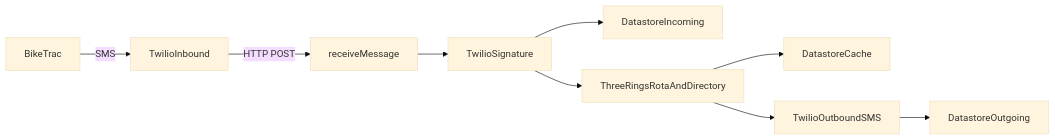
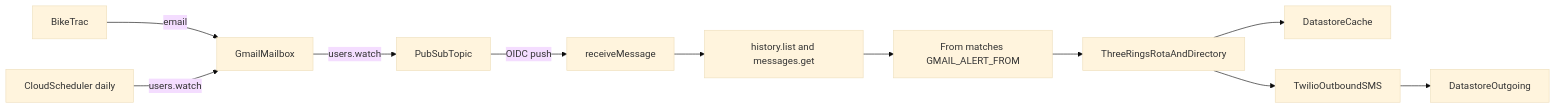
The diagram in docs/technical/architecture.md (blood-bikes-wales/beeper), drawn with Mermaid (base theme) before and after one commit. The commit also changed other lines of this file and 49 other files, not shown here.

First line of the commit message:
Receive BikeTrac alerts from Gmail push instead of a Twilio webhook.

````diff
--- a/docs/technical/architecture.md
+++ b/docs/technical/architecture.md
@@ -25,11 +27,13 @@
 ```mermaid
 flowchart LR
-  BikeTrac[BikeTrac] -->|SMS| TwilioIn[TwilioInbound]
-  TwilioIn -->|HTTP POST| Receive[receiveMessage]
-  Receive --> Validate[TwilioSignature]
-  Validate --> LogIn[DatastoreIncoming]
-  Validate --> ThreeRings[ThreeRingsRotaAndDirectory]
+  BikeTrac[BikeTrac] -->|email| Mailbox[GmailMailbox]
+  Mailbox -->|users.watch| Topic[PubSubTopic]
+  Topic -->|OIDC push| Receive[receiveMessage]
+  Receive --> History[history.list and messages.get]
+  History --> Filter[From matches GMAIL_ALERT_FROM]
+  Filter --> ThreeRings[ThreeRingsRotaAndDirectory]
   ThreeRings --> Cache[DatastoreCache]
   ThreeRings --> TwilioOut[TwilioOutboundSMS]
   TwilioOut --> LogOut[DatastoreOutgoing]
+  Scheduler[CloudScheduler daily] -->|users.watch| Mailbox
 ```
````
